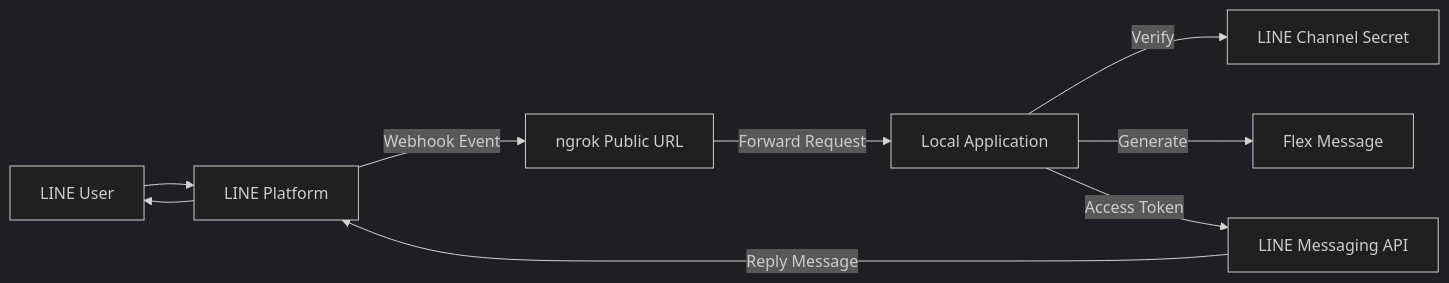
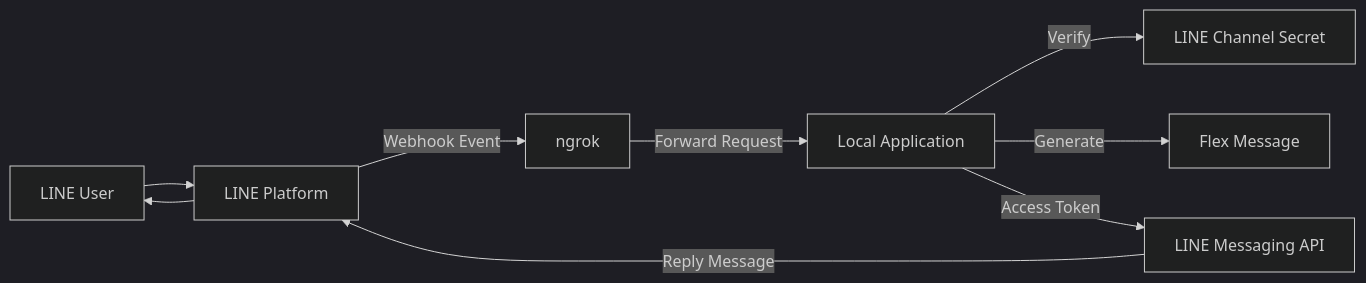
Before and after one commit to ratchanon-noknoy2318/line-flex-messages: the diagram in README.md, drawn with Mermaid (dark theme). The commit also changed other lines of this file, not shown here.

````diff
--- a/README.md
+++ b/README.md
@@ -47,15 +28,15 @@
 ```mermaid
 flowchart LR
     U["LINE User"] --> L["LINE Platform"]
 
-    L -->|Webhook Event| NG["ngrok Public URL"]
+    L -->|Webhook Event| NG["ngrok"]
     NG -->|Forward Request| APP["Local Application"]
 
     APP -->|Verify| CS["LINE Channel Secret"]
     APP -->|Generate| FM["Flex Message"]
 
     APP -->|Access Token| API["LINE Messaging API"]
     API -->|Reply Message| L
 
     L --> U
 ```
````
